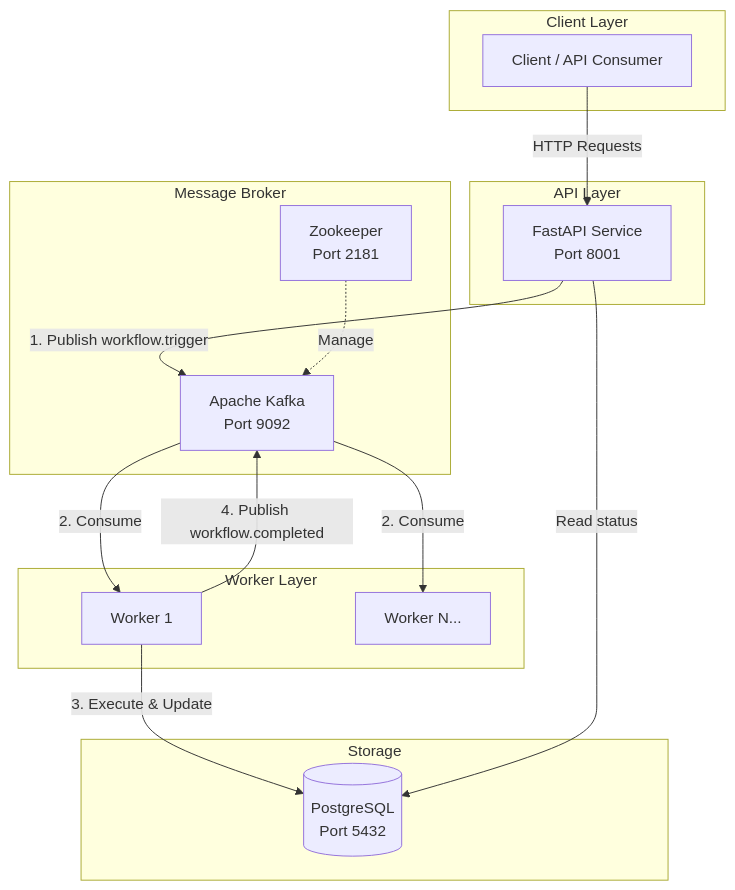
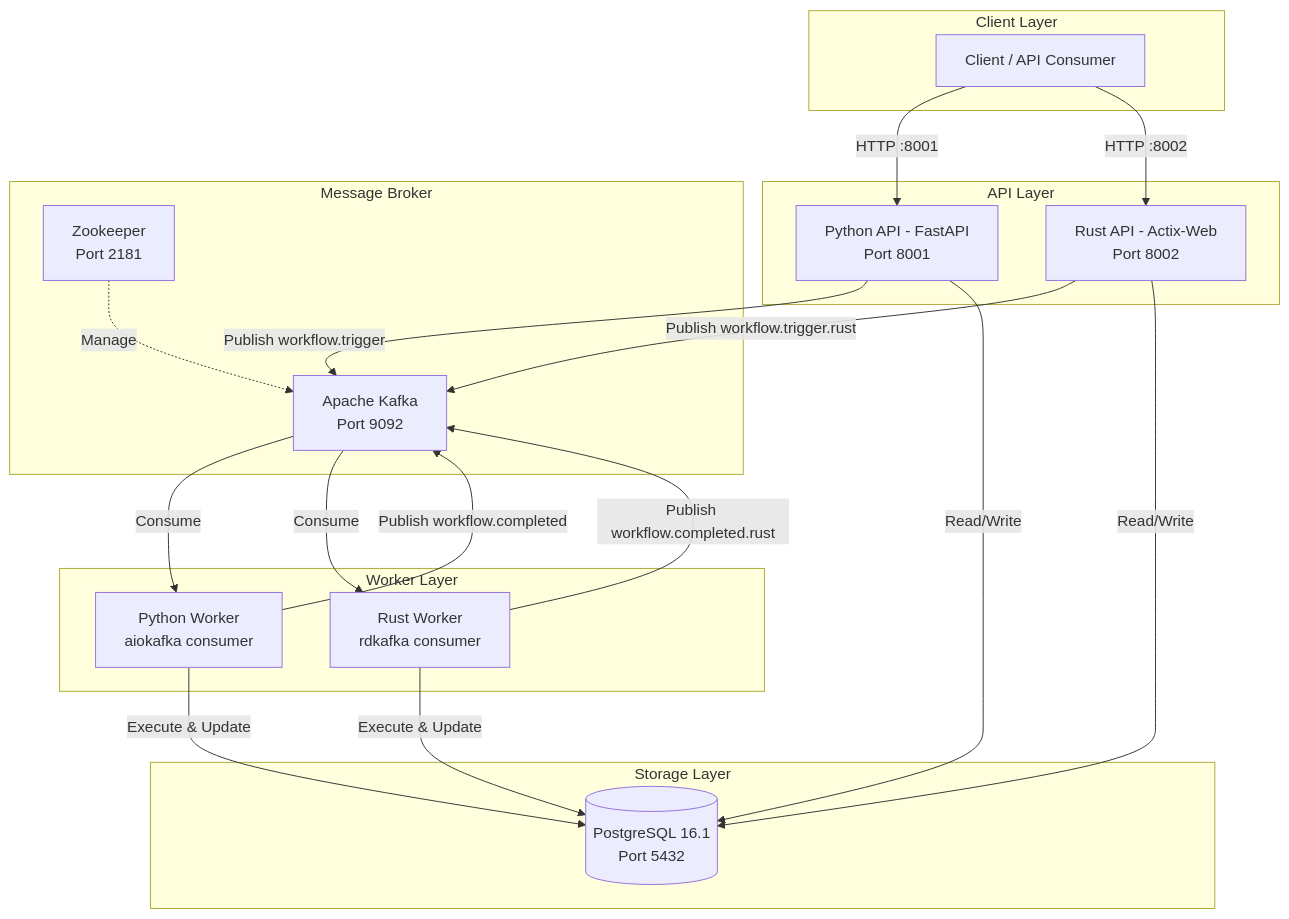
The first of 4 diagrams in README.md (kd17290/workflow-automation), drawn with Mermaid before and after one commit. The commit also changed other lines of this file and 73 other files, not shown here.

````diff
--- a/README.md
+++ b/README.md
@@ -7,34 +156,39 @@
 ```mermaid
 graph TB
     subgraph "Client Layer"
         C[Client / API Consumer]
     end
 
     subgraph "API Layer"
-        API[FastAPI Service<br/>Port 8001]
+        PY_API[Python API - FastAPI<br/>Port 8001]
+        RS_API[Rust API - Actix-Web<br/>Port 8002]
     end
-    
+
     subgraph "Message Broker"
         K[Apache Kafka<br/>Port 9092]
         ZK[Zookeeper<br/>Port 2181]
     end
-    
+
     subgraph "Worker Layer"
-        W1[Worker 1]
-        W2[Worker N...]
+        PY_W[Python Worker<br/>aiokafka consumer]
+        RS_W[Rust Worker<br/>rdkafka consumer]
     end
-    
-    subgraph "Storage"
-        PG[(PostgreSQL<br/>Port 5432)]
+
+    subgraph "Storage Layer"
+        PG[(PostgreSQL 16.1<br/>Port 5432)]
     end
-    
-    C -->|HTTP Requests| API
-    API -->|1. Publish workflow.trigger| K
-    K -->|2. Consume| W1
-    K -->|2. Consume| W2
-    W1 -->|3. Execute & Update| PG
-    W1 -->|4. Publish workflow.completed| K
-    API -->|Read status| PG
-    
+
+    C -->|HTTP :8001| PY_API
+    C -->|HTTP :8002| RS_API
+    PY_API -->|Publish workflow.trigger| K
+    RS_API -->|Publish workflow.trigger.rust| K
+    K -->|Consume| PY_W
+    K -->|Consume| RS_W
+    PY_W -->|Execute & Update| PG
+    RS_W -->|Execute & Update| PG
+    PY_W -->|Publish workflow.completed| K
+    RS_W -->|Publish workflow.completed.rust| K
+    PY_API -->|Read/Write| PG
+    RS_API -->|Read/Write| PG
     ZK -.->|Manage| K
 ```
````
